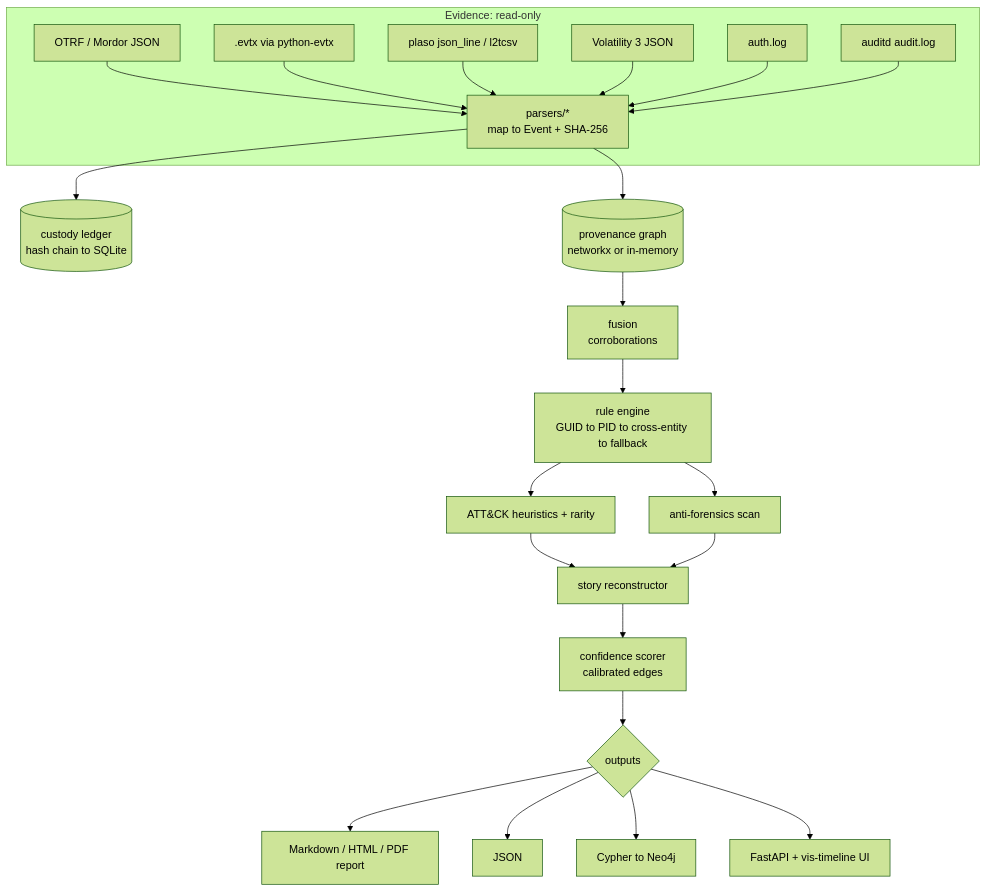
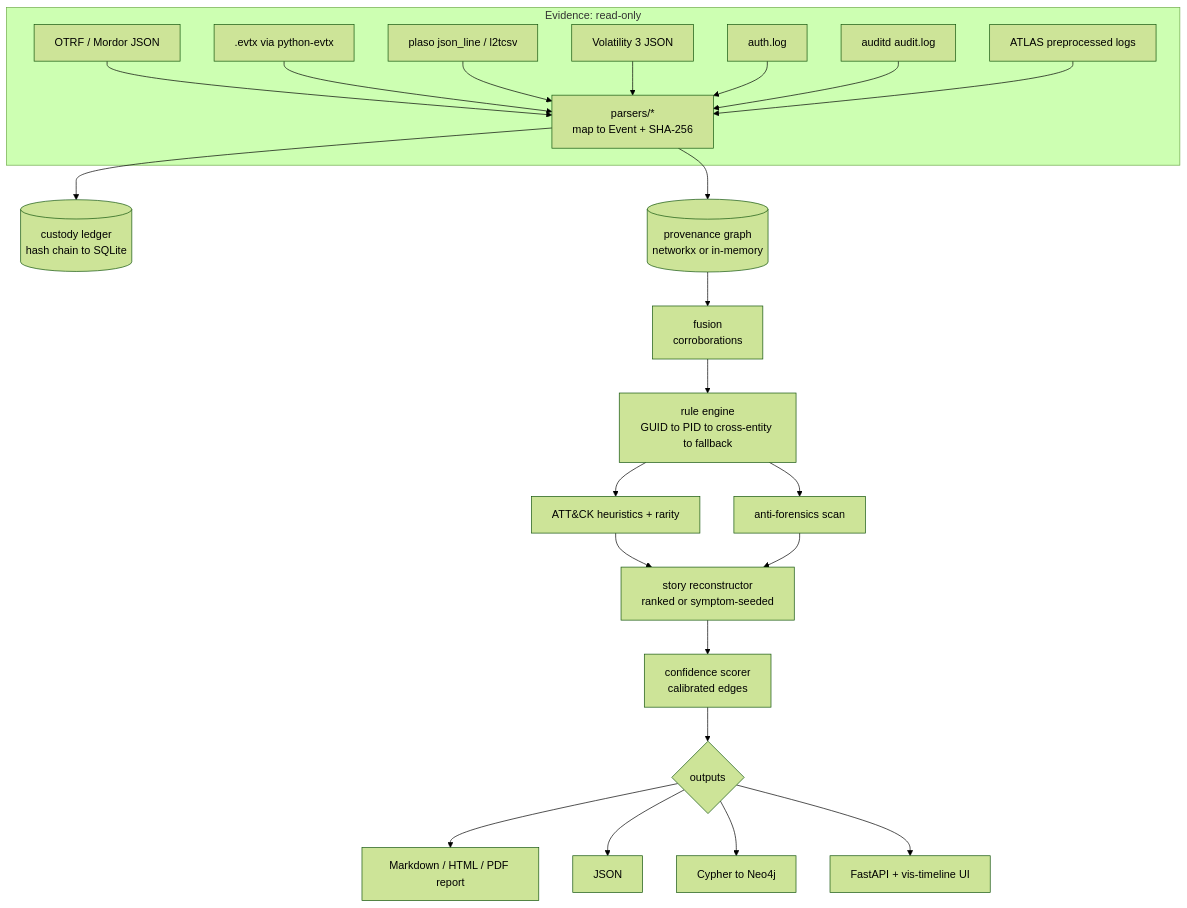
Before and after one commit to rakshit-737/revenant: the diagram in docs/architecture.md, drawn with Mermaid (forest theme). The commit also changed other lines of this file, not shown here.

Commit message:
docs(architecture): ATLAS connector, symptom-seeded stories, received-bytes body cap, report escaping

````diff
--- a/docs/architecture.md
+++ b/docs/architecture.md
@@ -3,25 +3,26 @@
 ```mermaid
 flowchart TB
   subgraph Evidence["Evidence: read-only"]
     OTRF["OTRF / Mordor JSON"] --> P
     EVTX[".evtx via python-evtx"] --> P
     PL["plaso json_line / l2tcsv"] --> P
     VOL["Volatility 3 JSON"] --> P
     AUTH["auth.log"] --> P
     AUD["auditd audit.log"] --> P
+    ATL["ATLAS preprocessed logs"] --> P
   end
   P["parsers/*<br/>map to Event + SHA-256"] --> L[("custody ledger<br/>hash chain to SQLite")]
   P --> G[("provenance graph<br/>networkx or in-memory")]
   G --> F["fusion<br/>corroborations"]
   F --> R["rule engine<br/>GUID to PID to cross-entity to fallback"]
   R --> AF["anti-forensics scan"]
   R --> AT["ATT&CK heuristics + rarity"]
-  AT --> S["story reconstructor"]
+  AT --> S["story reconstructor<br/>ranked or symptom-seeded"]
   AF --> S
   S --> C["confidence scorer<br/>calibrated edges"]
   C --> OUT{"outputs"}
   OUT --> MD["Markdown / HTML / PDF report"]
   OUT --> JS["JSON"]
   OUT --> CY["Cypher to Neo4j"]
   OUT --> API["FastAPI + vis-timeline UI"]
 ```
````
